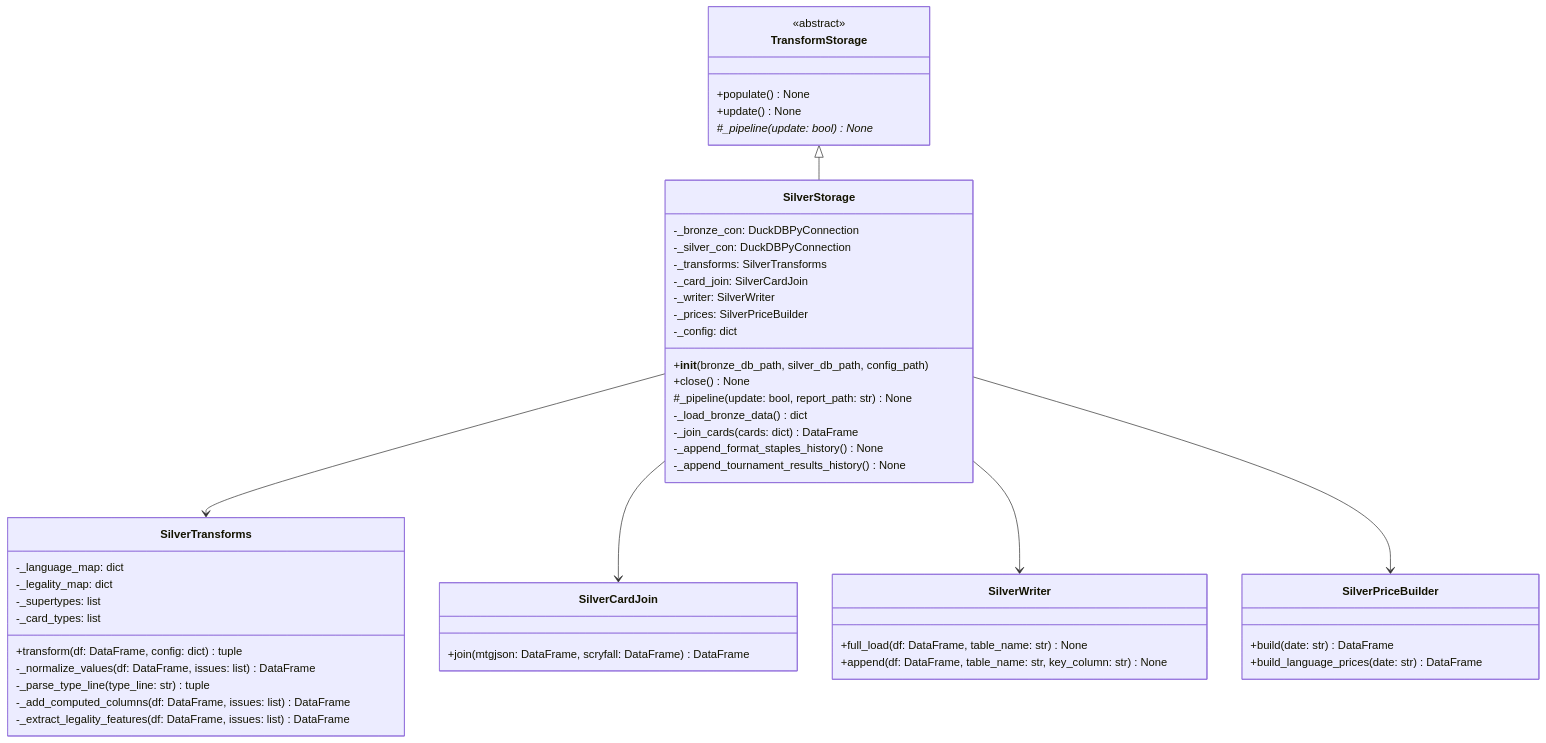
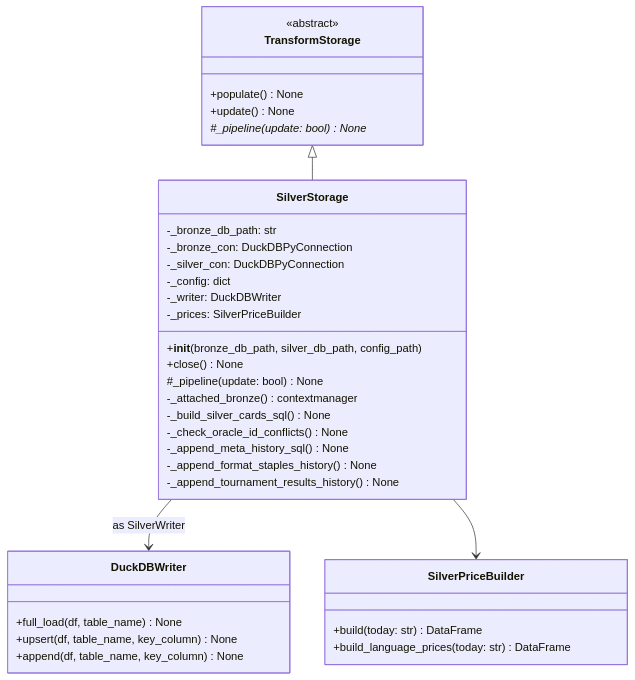
Before and after one commit to jedrzejpolaczek/aviarium.columbarius: the diagram in docs/architecture/c4/silver-storage.md, drawn with Mermaid. The commit also changed other lines of this file and 102 other files, not shown here.

````diff
--- a/docs/architecture/c4/silver-storage.md
+++ b/docs/architecture/c4/silver-storage.md
@@ -5,58 +7,42 @@
 ```mermaid
 classDiagram
   TransformStorage <|-- SilverStorage
-  SilverStorage --> SilverTransforms
-  SilverStorage --> SilverCardJoin
-  SilverStorage --> SilverWriter
+  SilverStorage --> DuckDBWriter : as SilverWriter
   SilverStorage --> SilverPriceBuilder
 
   class TransformStorage {
     <<abstract>>
     +populate() None
     +update() None
     #_pipeline(update: bool) None*
   }
 
   class SilverStorage {
+    -_bronze_db_path: str
     -_bronze_con: DuckDBPyConnection
     -_silver_con: DuckDBPyConnection
-    -_transforms: SilverTransforms
-    -_card_join: SilverCardJoin
-    -_writer: SilverWriter
+    -_config: dict
+    -_writer: DuckDBWriter
     -_prices: SilverPriceBuilder
-    -_config: dict
     +__init__(bronze_db_path, silver_db_path, config_path)
     +close() None
-    #_pipeline(update: bool, report_path: str) None
-    -_load_bronze_data() dict
-    -_join_cards(cards: dict) DataFrame
+    #_pipeline(update: bool) None
+    -_attached_bronze() contextmanager
+    -_build_silver_cards_sql() None
+    -_check_oracle_id_conflicts() None
+    -_append_meta_history_sql() None
     -_append_format_staples_history() None
     -_append_tournament_results_history() None
   }
 
-  class SilverTransforms {
-    -_language_map: dict
-    -_legality_map: dict
-    -_supertypes: list
-    -_card_types: list
-    +transform(df: DataFrame, config: dict) tuple
-    -_normalize_values(df: DataFrame, issues: list) DataFrame
-    -_parse_type_line(type_line: str) tuple
-    -_add_computed_columns(df: DataFrame, issues: list) DataFrame
-    -_extract_legality_features(df: DataFrame, issues: list) DataFrame
-  }
-
-  class SilverCardJoin {
-    +join(mtgjson: DataFrame, scryfall: DataFrame) DataFrame
-  }
-
-  class SilverWriter {
-    +full_load(df: DataFrame, table_name: str) None
-    +append(df: DataFrame, table_name: str, key_column: str) None
+  class DuckDBWriter {
+    +full_load(df, table_name) None
+    +upsert(df, table_name, key_column) None
+    +append(df, table_name, key_column) None
   }
 
   class SilverPriceBuilder {
-    +build(date: str) DataFrame
-    +build_language_prices(date: str) DataFrame
+    +build(today: str) DataFrame
+    +build_language_prices(today: str) DataFrame
   }
 ```
````
